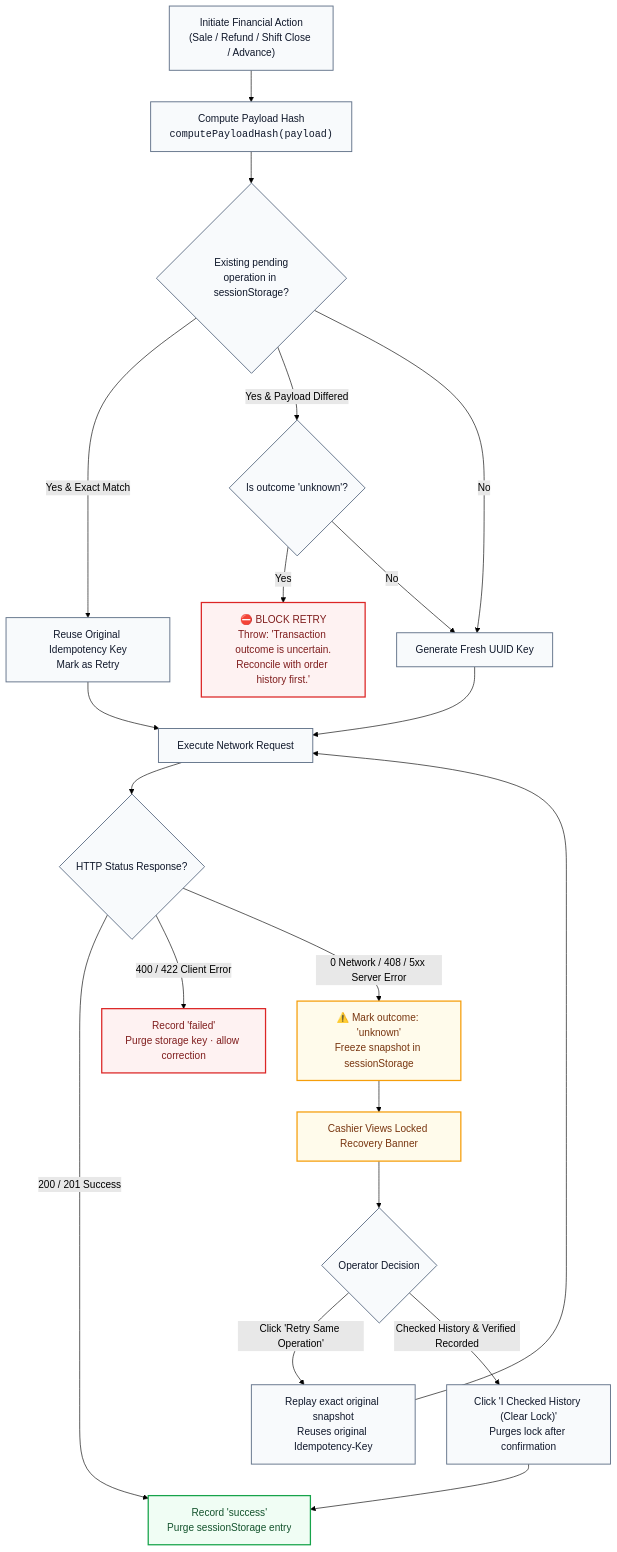
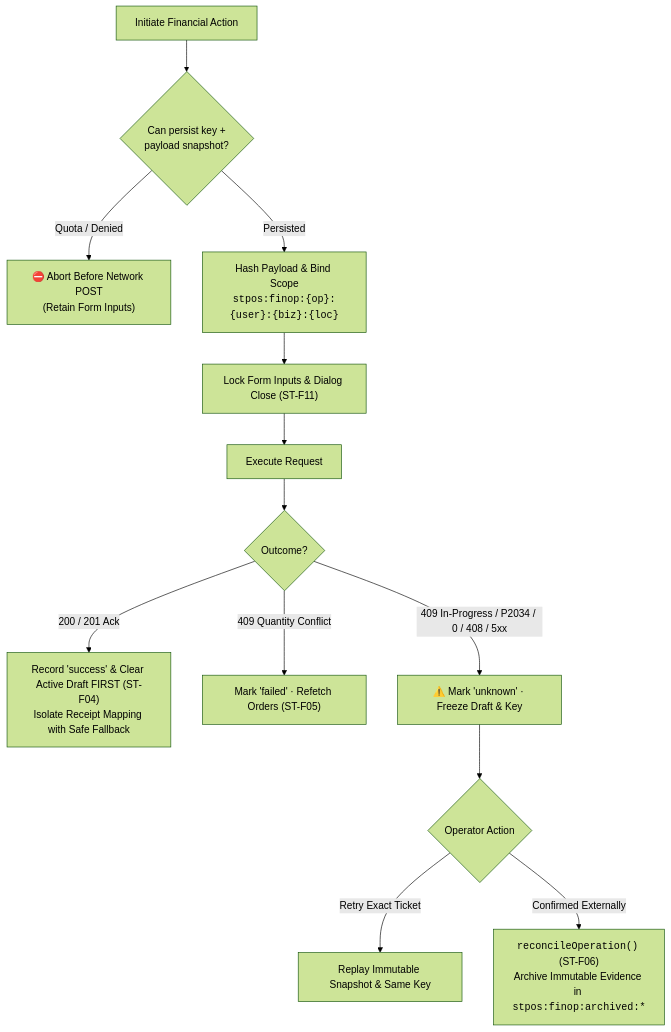
One commit to ZxAYED/suntech-pos-frontendw changed the sixth of 6 diagrams in README.md. Above: the diagram before and after it, drawn with Mermaid (forest theme). The commit also changed other lines of this file and 147 other files, not shown here.

````diff
--- a/README.md
+++ b/README.md
@@ -431,36 +330,17 @@
 ```mermaid
 flowchart TD
-  START["Initiate Financial Action<br/>(Sale / Refund / Shift Close / Advance)"] --> HASH["Compute Payload Hash<br/><code>computePayloadHash(payload)</code>"]
-  HASH --> CHECK{"Existing pending<br/>operation in sessionStorage?"}
-  
-  CHECK -->|Yes & Exact Match| REUSE["Reuse Original Idempotency Key<br/>Mark as Retry"]
-  CHECK -->|Yes & Payload Differed| UNCERTAIN_CHECK{"Is outcome 'unknown'?"}
-  UNCERTAIN_CHECK -->|Yes| BLOCK["⛔ BLOCK RETRY<br/>Throw: 'Transaction outcome is uncertain.<br/>Reconcile with order history first.'"]
-  UNCERTAIN_CHECK -->|No| NEW_KEY["Generate Fresh UUID Key"]
-  CHECK -->|No| NEW_KEY
-  
-  REUSE --> EXECUTE["Execute Network Request"]
-  NEW_KEY --> EXECUTE
-  
-  EXECUTE --> OUTCOME{"HTTP Status Response?"}
-  OUTCOME -->|200 / 201 Success| RESOLVE["Record 'success'<br/>Purge sessionStorage entry"]
-  OUTCOME -->|400 / 422 Client Error| FAILED["Record 'failed'<br/>Purge storage key · allow correction"]
-  OUTCOME -->|0 Network / 408 / 5xx Server Error| UNKNOWN["⚠️ Mark outcome: 'unknown'<br/>Freeze snapshot in sessionStorage"]
-  
-  UNKNOWN --> RECOVER["Cashier Views Locked Recovery Banner"]
-  RECOVER --> USER_ACTION{"Operator Decision"}
-  
-  USER_ACTION -->|Click 'Retry Same Operation'| REPLAY["Replay exact original snapshot<br/>Reuses original Idempotency-Key"]
-  REPLAY --> EXECUTE
-  
-  USER_ACTION -->|Checked History & Verified Recorded| CLEAR["Click 'I Checked History (Clear Lock)'<br/>Purges lock after confirmation"]
-  CLEAR --> RESOLVE
+  START["Initiate Financial Action"] --> STORAGE{"Can persist key +<br/>payload snapshot?"}
+  STORAGE -->|Quota / Denied| ABORT["⛔ Abort Before Network POST<br/>(Retain Form Inputs)"]
+  STORAGE -->|Persisted| HASH["Hash Payload & Bind Scope<br/><code>stpos:finop:{op}:{user}:{biz}:{loc}</code>"]
 
-  classDef default fill:#f8fafc,stroke:#64748b,color:#0f172a,stroke-width:1.5px;
-  classDef alert fill:#fffbeb,stroke:#f59e0b,color:#78350f,stroke-width:2px;
-  classDef success fill:#f0fdf4,stroke:#16a34a,color:#14532d,stroke-width:2px;
-  classDef error fill:#fef2f2,stroke:#dc2626,color:#7f1d1d,stroke-width:2px;
-  class UNKNOWN,RECOVER alert;
-  class RESOLVE success;
-  class BLOCK,FAILED error;
+  HASH --> INFLIGHT["Lock Form Inputs & Dialog Close (ST-F11)"] --> EXEC["Execute Request"]
+
+  EXEC --> OUT{"Outcome?"}
+  OUT -->|200 / 201 Ack| OK["Record 'success' & Clear Active Draft FIRST (ST-F04)<br/>Isolate Receipt Mapping with Safe Fallback"]
+  OUT -->|409 Quantity Conflict| FAIL["Mark 'failed' · Refetch Orders (ST-F05)"]
+  OUT -->|409 In-Progress / P2034 / 0 / 408 / 5xx| UNK["⚠️ Mark 'unknown' · Freeze Draft & Key"]
+
+  UNK --> RECON{"Operator Action"}
+  RECON -->|Retry Exact Ticket| REPLAY["Replay Immutable Snapshot & Same Key"]
+  RECON -->|Confirmed Externally| ARCHIVE["<code>reconcileOperation()</code> (ST-F06)<br/>Archive Immutable Evidence in <code>stpos:finop:archived:*</code>"]
 ```
````
